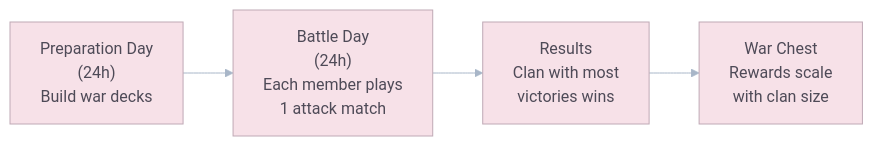
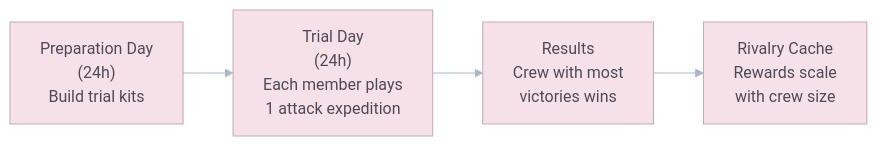
One commit to unknown-studios-code/goo-galaxy changed the third of 4 diagrams in .docs/GDD/05_Meta_Game_Retention_and_LiveOps.md. Above: the diagram before and after it, drawn with Mermaid. The commit also changed other lines of this file and 20 other files, not shown here.

````diff
--- a/.docs/GDD/05_Meta_Game_Retention_and_LiveOps.md
+++ b/.docs/GDD/05_Meta_Game_Retention_and_LiveOps.md
@@ -155,7 +155,7 @@
 ```mermaid
 %%{init: {"theme":"base","themeVariables":{"primaryColor":"#F7E1E8","secondaryColor":"#DCEBF7","tertiaryColor":"#E4F3E1","primaryBorderColor":"#BFA9B5","lineColor":"#A8B6C8","primaryTextColor":"#4E4A57","clusterBkg":"#FAF5EA","clusterBorder":"#CDBFAF","edgeLabelBackground":"#FFF9F2","noteBkgColor":"#F7F1FA","noteTextColor":"#4E4A57","taskBkgColor":"#DCEBF7","taskTextColor":"#4E4A57","taskTextOutsideColor":"#4E4A57","sectionBkgColor":"#E4F3E1","sectionBorderColor":"#BCD0B9","gridColor":"#E8DDD3","todayLineColor":"#C7A7B5","actorBkg":"#F7E1E8","actorBorder":"#BFA9B5","actorTextColor":"#4E4A57","signalColor":"#A8B6C8","signalTextColor":"#4E4A57","labelBoxBkgColor":"#FFF9F2","labelBoxBorderColor":"#CDBFAF","labelTextColor":"#4E4A57"}}}%%
 flowchart LR
-    A["Preparation Day<br/>(24h)<br/>Build war decks"] --> B["Battle Day<br/>(24h)<br/>Each member plays<br/>1 attack match"]
-    B --> C["Results<br/>Clan with most<br/>victories wins"]
-    C --> D["War Chest<br/>Rewards scale<br/>with clan size"]
+    A["Preparation Day<br/>(24h)<br/>Build trial kits"] --> B["Trial Day<br/>(24h)<br/>Each member plays<br/>1 attack expedition"]
+    B --> C["Results<br/>Crew with most<br/>victories wins"]
+    C --> D["Rivalry Cache<br/>Rewards scale<br/>with crew size"]
 ```
````
